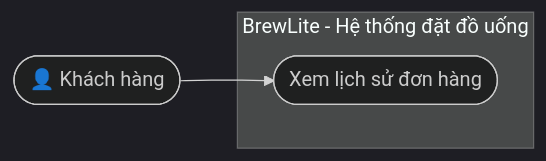
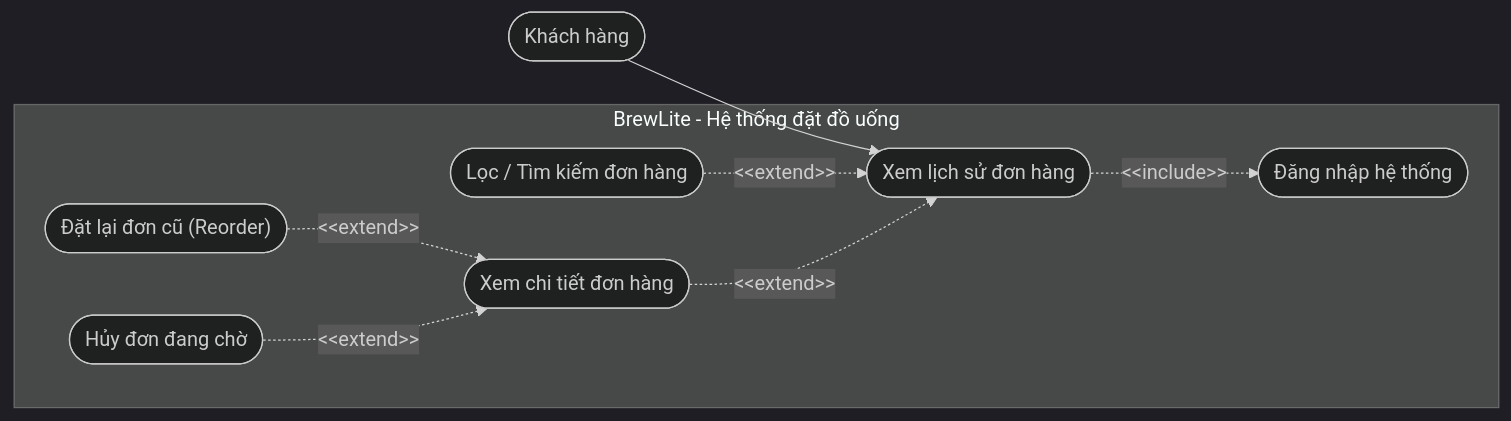
Before and after one commit to Myngoc09/assignment2_brewlite: the diagram in docs/requirements/usecase-history.md, drawn with Mermaid (dark theme).

````diff
--- a/docs/requirements/usecase-history.md
+++ b/docs/requirements/usecase-history.md
@@ -3,8 +3,20 @@
 ```mermaid
 flowchart LR
-    Customer(["👤 Khách hàng"])
+    Customer(["Khách hàng"])
+
     subgraph BrewLite ["BrewLite - Hệ thống đặt đồ uống"]
-        UC_History(["Xem lịch sử đơn hàng"])
+        UC_Main(["Xem lịch sử đơn hàng"])
+        UC_Filter(["Lọc / Tìm kiếm đơn hàng"])
+        UC_Detail(["Xem chi tiết đơn hàng"])
+        UC_Reorder(["Đặt lại đơn cũ (Reorder)"])
+        UC_Cancel(["Hủy đơn đang chờ"])
+        UC_Auth(["Đăng nhập hệ thống"])
     end
-    Customer --> UC_History
+
+    Customer --> UC_Main
+    UC_Main -.->|"&lt;&lt;include&gt;&gt;"| UC_Auth
+    UC_Filter -.->|"&lt;&lt;extend&gt;&gt;"| UC_Main
+    UC_Detail -.->|"&lt;&lt;extend&gt;&gt;"| UC_Main
+    UC_Reorder -.->|"&lt;&lt;extend&gt;&gt;"| UC_Detail
+    UC_Cancel -.->|"&lt;&lt;extend&gt;&gt;"| UC_Detail
 ```
````
